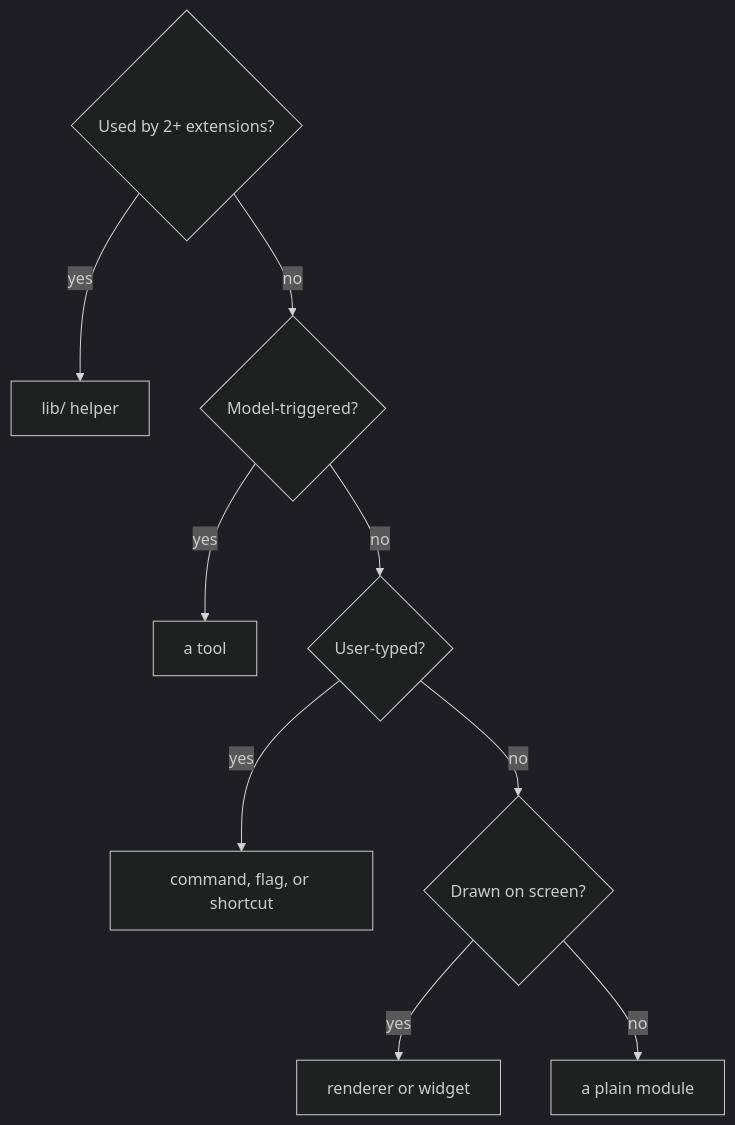
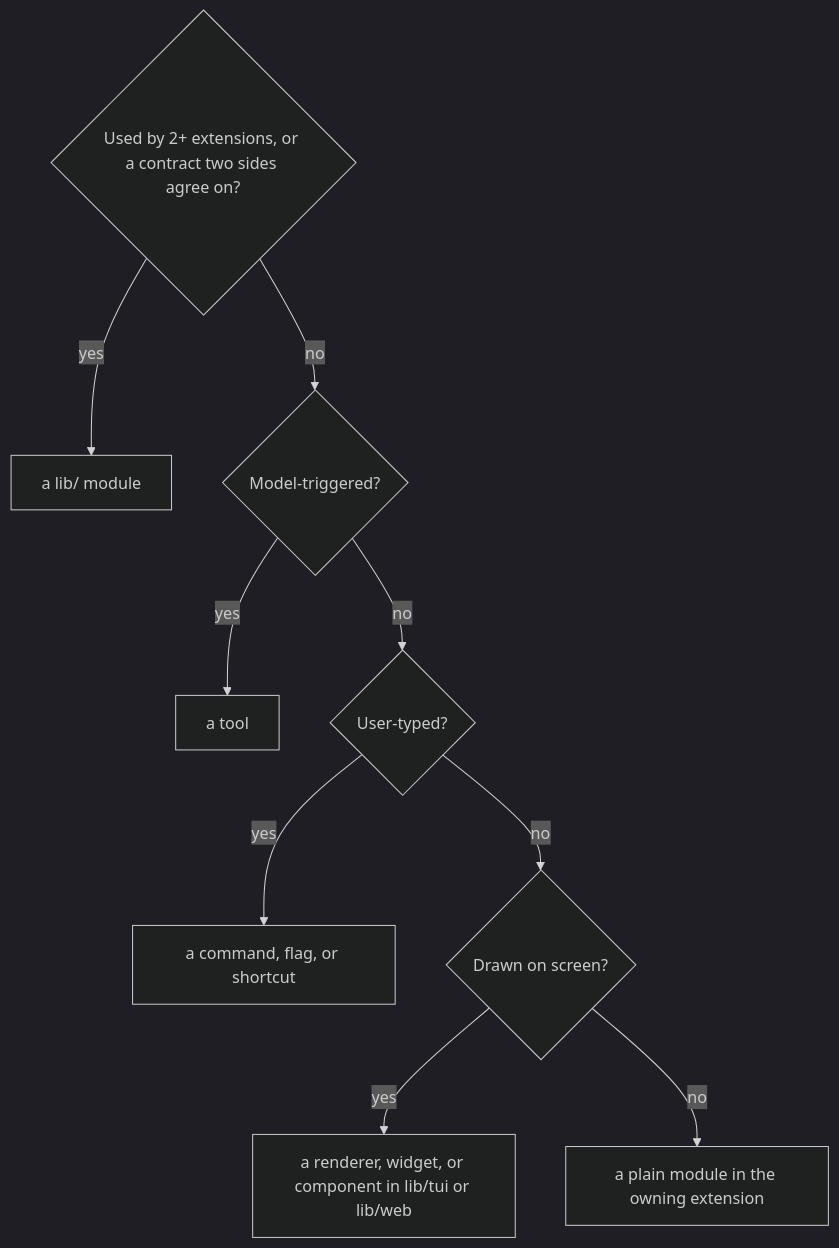
The fourth of 4 diagrams in docs/architecture.md (gavin-hu/my-pi-agent), drawn with Mermaid (dark theme) before and after one commit. The commit also changed other lines of this file and 11 other files, not shown here.

````diff
--- a/docs/architecture.md
+++ b/docs/architecture.md
@@ -313,11 +328,11 @@
 ```mermaid
 flowchart TD
-  Q1{"Used by 2+ extensions?"} -->|yes| L["lib/ helper"]
+  Q1{"Used by 2+ extensions, or a contract two sides agree on?"} -->|yes| L["a lib/ module"]
   Q1 -->|no| Q2{"Model-triggered?"}
   Q2 -->|yes| TOOL["a tool"]
   Q2 -->|no| Q3{"User-typed?"}
-  Q3 -->|yes| CMD["command, flag, or shortcut"]
+  Q3 -->|yes| CMD["a command, flag, or shortcut"]
   Q3 -->|no| Q4{"Drawn on screen?"}
-  Q4 -->|yes| UI["renderer or widget"]
-  Q4 -->|no| MOD["a plain module"]
+  Q4 -->|yes| UI["a renderer, widget, or component in lib/tui or lib/web"]
+  Q4 -->|no| MOD["a plain module in the owning extension"]
 ```
````
